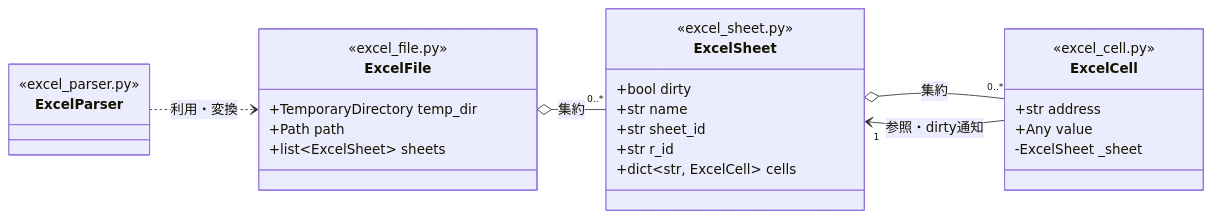
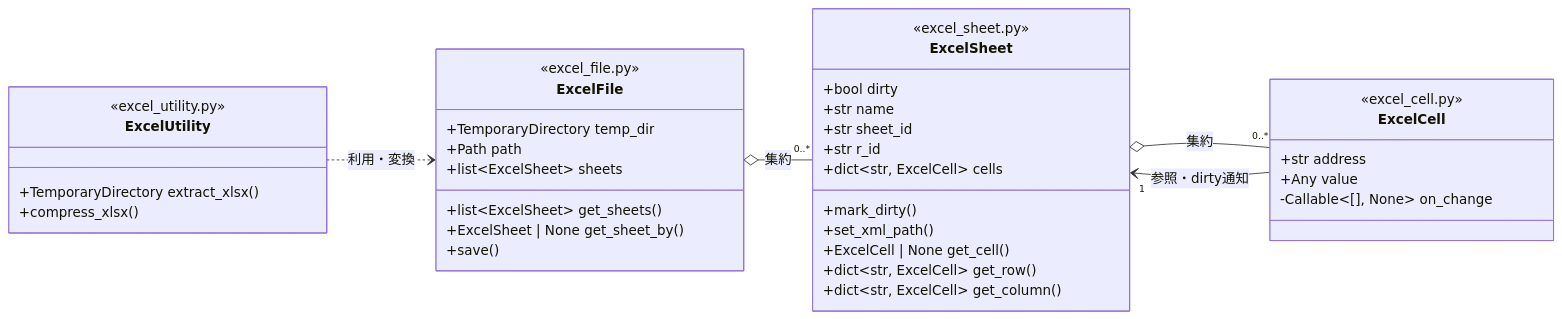
Before and after one commit to kzynamiki/xlsxpy: the diagram in README.md, drawn with Mermaid. The commit also changed other lines of this file, not shown here.

Commit message:
docs: プログラムの設計の見直し

````diff
--- a/README.md
+++ b/README.md
@@ -33,36 +33,49 @@
 ```mermaid
 classDiagram
     direction LR
 
     class ExcelFile {
         <<excel_file.py>>
         +TemporaryDirectory temp_dir
         +Path path
         +list~ExcelSheet~ sheets
+
+        +list~ExcelSheet~ get_sheets()
+        +ExcelSheet | None get_sheet_by()
+        +save()
     }
 
     class ExcelSheet {
         <<excel_sheet.py>>
         +bool dirty
         +str name
         +str sheet_id
         +str r_id
         +dict~str, ExcelCell~ cells
+
+        +mark_dirty()
+        +set_xml_path()
+        +ExcelCell | None get_cell()
+        +dict~str, ExcelCell~ get_row()
+        +dict~str, ExcelCell~ get_column()
     }
 
     class ExcelCell {
         <<excel_cell.py>>
         +str address
         +Any value
-        -ExcelSheet _sheet
+        -Callable~[], None~ on_change
     }
 
-    class ExcelParser {
-        <<excel_parser.py>>
+    class ExcelUtility {
+        <<excel_utility.py>>
+
+        +TemporaryDirectory extract_xlsx()
+        +compress_xlsx()
     }
 
     ExcelFile o-- "0..*" ExcelSheet : 集約
     ExcelSheet o-- "0..*" ExcelCell : 集約
     ExcelCell --> "1" ExcelSheet : 参照・dirty通知
-    ExcelParser ..> ExcelFile : 利用・変換
+    ExcelUtility ..> ExcelFile : 利用・変換
 ```
````
